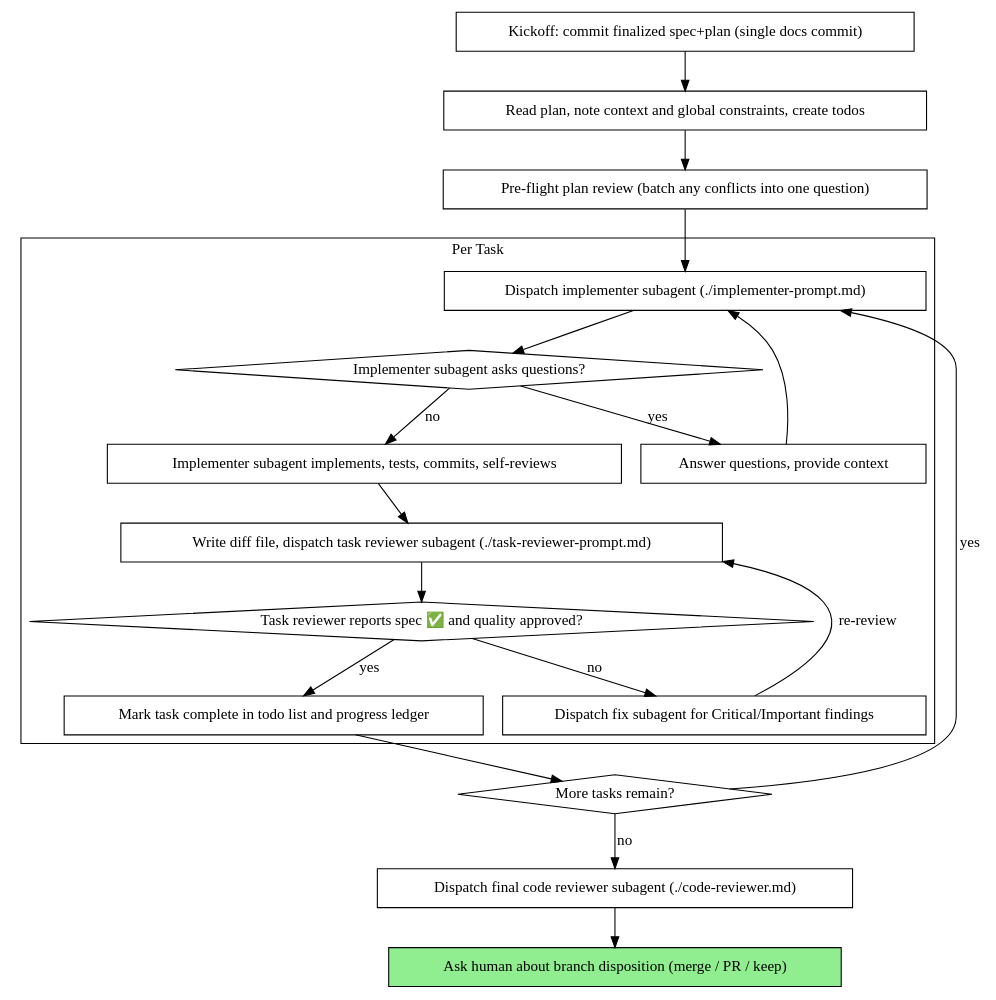
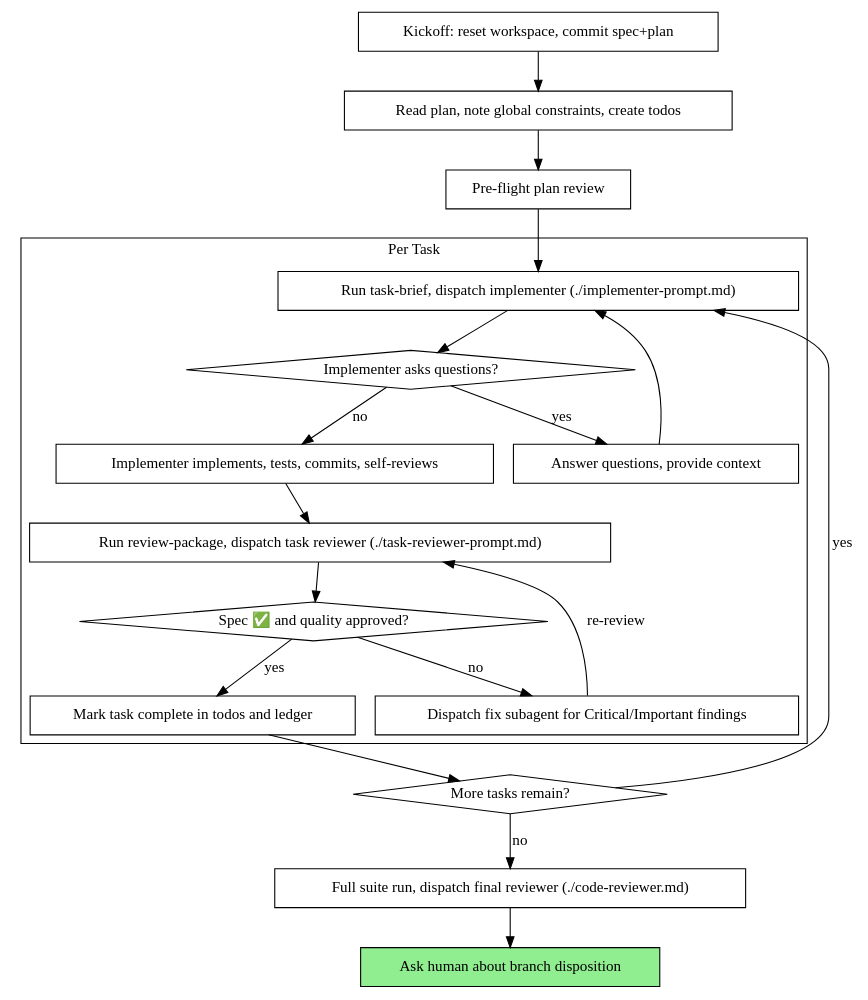
The diagram in skills/subagent-driven-development/SKILL.md (ipoeyke/minipowers), drawn with Graphviz before and after one commit. The commit also changed other lines of this file and 12 other files, not shown here.

First line of the commit message:
perf: trim skills by half and cut SDD overhead in reviews, reports, and workspace (#9)

````diff
--- a/skills/subagent-driven-development/SKILL.md
+++ b/skills/subagent-driven-development/SKILL.md
@@ -37,41 +23,41 @@
 ```dot
 digraph process {
     rankdir=TB;
 
     subgraph cluster_per_task {
         label="Per Task";
-        "Dispatch implementer subagent (./implementer-prompt.md)" [shape=box];
-        "Implementer subagent asks questions?" [shape=diamond];
+        "Run task-brief, dispatch implementer (./implementer-prompt.md)" [shape=box];
+        "Implementer asks questions?" [shape=diamond];
         "Answer questions, provide context" [shape=box];
-        "Implementer subagent implements, tests, commits, self-reviews" [shape=box];
-        "Write diff file, dispatch task reviewer subagent (./task-reviewer-prompt.md)" [shape=box];
-        "Task reviewer reports spec ✅ and quality approved?" [shape=diamond];
+        "Implementer implements, tests, commits, self-reviews" [shape=box];
+        "Run review-package, dispatch task reviewer (./task-reviewer-prompt.md)" [shape=box];
+        "Spec ✅ and quality approved?" [shape=diamond];
         "Dispatch fix subagent for Critical/Important findings" [shape=box];
-        "Mark task complete in todo list and progress ledger" [shape=box];
+        "Mark task complete in todos and ledger" [shape=box];
     }
 
-    "Kickoff: commit finalized spec+plan (single docs commit)" [shape=box];
-    "Read plan, note context and global constraints, create todos" [shape=box];
-    "Pre-flight plan review (batch any conflicts into one question)" [shape=box];
+    "Kickoff: reset workspace, commit spec+plan" [shape=box];
+    "Read plan, note global constraints, create todos" [shape=box];
+    "Pre-flight plan review" [shape=box];
     "More tasks remain?" [shape=diamond];
-    "Dispatch final code reviewer subagent (./code-reviewer.md)" [shape=box];
-    "Ask human about branch disposition (merge / PR / keep)" [shape=box style=filled fillcolor=lightgreen];
+    "Full suite run, dispatch final reviewer (./code-reviewer.md)" [shape=box];
+    "Ask human about branch disposition" [shape=box style=filled fillcolor=lightgreen];
 
-    "Kickoff: commit finalized spec+plan (single docs commit)" -> "Read plan, note context and global constraints, create todos";
-    "Read plan, note context and global constraints, create todos" -> "Pre-flight plan review (batch any conflicts into one question)";
-    "Pre-flight plan review (batch any conflicts into one question)" -> "Dispatch implementer subagent (./implementer-prompt.md)";
-    "Dispatch implementer subagent (./implementer-prompt.md)" -> "Implementer subagent asks questions?";
-    "Implementer subagent asks questions?" -> "Answer questions, provide context" [label="yes"];
-    "Answer questions, provide context" -> "Dispatch implementer subagent (./implementer-prompt.md)";
-    "Implementer subagent asks questions?" -> "Implementer subagent implements, tests, commits, self-reviews" [label="no"];
-    "Implementer subagent implements, tests, commits, self-reviews" -> "Write diff file, dispatch task reviewer subagent (./task-reviewer-prompt.md)";
-    "Write diff file, dispatch task reviewer subagent (./task-reviewer-prompt.md)" -> "Task reviewer reports spec ✅ and quality approved?";
-    "Task reviewer reports spec ✅ and quality approved?" -> "Dispatch fix subagent for Critical/Important findings" [label="no"];
-    "Dispatch fix subagent for Critical/Important findings" -> "Write diff file, dispatch task reviewer subagent (./task-reviewer-prompt.md)" [label="re-review"];
-    "Task reviewer reports spec ✅ and quality approved?" -> "Mark task complete in todo list and progress ledger" [label="yes"];
-    "Mark task complete in todo list and progress ledger" -> "More tasks remain?";
-    "More tasks remain?" -> "Dispatch implementer subagent (./implementer-prompt.md)" [label="yes"];
-    "More tasks remain?" -> "Dispatch final code reviewer subagent (./code-reviewer.md)" [label="no"];
-    "Dispatch final code reviewer subagent (./code-reviewer.md)" -> "Ask human about branch disposition (merge / PR / keep)";
+    "Kickoff: reset workspace, commit spec+plan" -> "Read plan, note global constraints, create todos";
+    "Read plan, note global constraints, create todos" -> "Pre-flight plan review";
+    "Pre-flight plan review" -> "Run task-brief, dispatch implementer (./implementer-prompt.md)";
+    "Run task-brief, dispatch implementer (./implementer-prompt.md)" -> "Implementer asks questions?";
+    "Implementer asks questions?" -> "Answer questions, provide context" [label="yes"];
+    "Answer questions, provide context" -> "Run task-brief, dispatch implementer (./implementer-prompt.md)";
+    "Implementer asks questions?" -> "Implementer implements, tests, commits, self-reviews" [label="no"];
+    "Implementer implements, tests, commits, self-reviews" -> "Run review-package, dispatch task reviewer (./task-reviewer-prompt.md)";
+    "Run review-package, dispatch task reviewer (./task-reviewer-prompt.md)" -> "Spec ✅ and quality approved?";
+    "Spec ✅ and quality approved?" -> "Dispatch fix subagent for Critical/Important findings" [label="no"];
+    "Dispatch fix subagent for Critical/Important findings" -> "Run review-package, dispatch task reviewer (./task-reviewer-prompt.md)" [label="re-review"];
+    "Spec ✅ and quality approved?" -> "Mark task complete in todos and ledger" [label="yes"];
+    "Mark task complete in todos and ledger" -> "More tasks remain?";
+    "More tasks remain?" -> "Run task-brief, dispatch implementer (./implementer-prompt.md)" [label="yes"];
+    "More tasks remain?" -> "Full suite run, dispatch final reviewer (./code-reviewer.md)" [label="no"];
+    "Full suite run, dispatch final reviewer (./code-reviewer.md)" -> "Ask human about branch disposition";
 }
 ```
````
